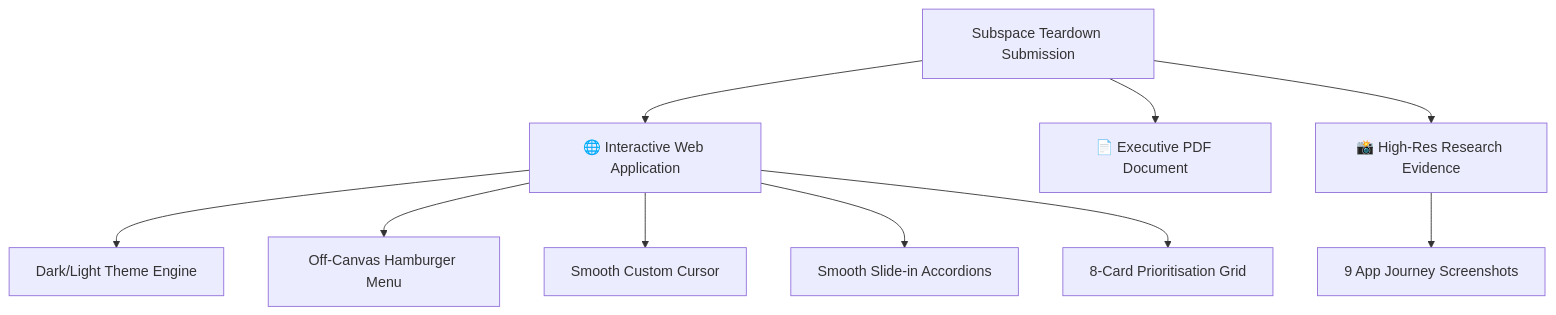
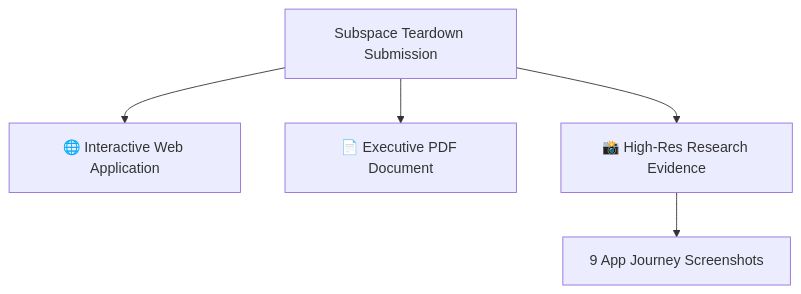
Before and after one commit to Subroto-Datta/subspace-pm-assignment: the diagram in README.md, drawn with Mermaid. The commit also changed other lines of this file, not shown here.

Commit message:
Revise candidate details and email in README
Updated candidate information and contact details in README.

````diff
--- a/README.md
+++ b/README.md
@@ -11,14 +11,7 @@
 ```mermaid
 graph TD
     A[Subspace Teardown Submission] --> B[🌐 Interactive Web Application]
     A --> C[📄 Executive PDF Document]
     A --> D[📸 High-Res Research Evidence]
-
-    B --> B1[Dark/Light Theme Engine]
-    B --> B2[Off-Canvas Hamburger Menu]
-    B --> B3[Smooth Custom Cursor]
-    B --> B4[Smooth Slide-in Accordions]
-    B --> B5[8-Card Prioritisation Grid]
-
     D --> D1[9 App Journey Screenshots]
 ```
````
